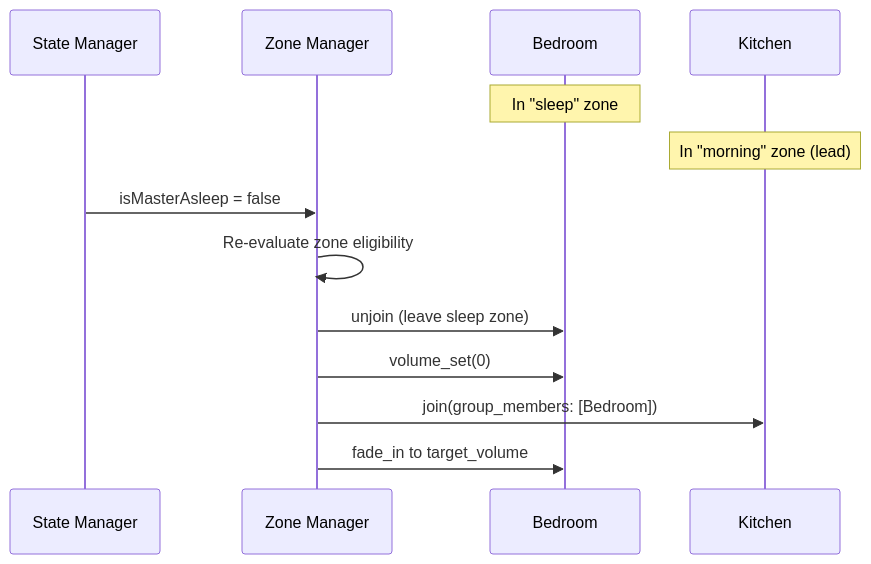
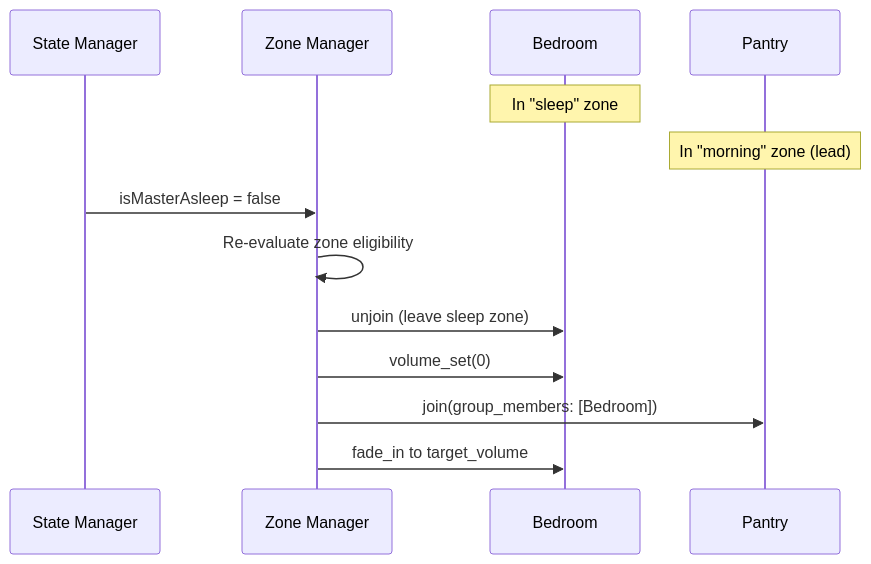
The third of 4 diagrams in docs/architecture/MULTI_ZONE_MUSIC.md (NickBorgers/home-automation), drawn with Mermaid before and after one commit. The commit also changed other lines of this file and 6 other files, not shown here.

````diff
--- a/docs/architecture/MULTI_ZONE_MUSIC.md
+++ b/docs/architecture/MULTI_ZONE_MUSIC.md
@@ -206,17 +206,17 @@
 ```mermaid
 sequenceDiagram
     participant SM as State Manager
     participant ZM as Zone Manager
     participant Bedroom
-    participant Kitchen
+    participant Pantry
 
     Note over Bedroom: In "sleep" zone
-    Note over Kitchen: In "morning" zone (lead)
+    Note over Pantry: In "morning" zone (lead)
 
     SM->>ZM: isMasterAsleep = false
     ZM->>ZM: Re-evaluate zone eligibility
     ZM->>Bedroom: unjoin (leave sleep zone)
     ZM->>Bedroom: volume_set(0)
-    ZM->>Kitchen: join(group_members: [Bedroom])
+    ZM->>Pantry: join(group_members: [Bedroom])
     ZM->>Bedroom: fade_in to target_volume
 ```
````
